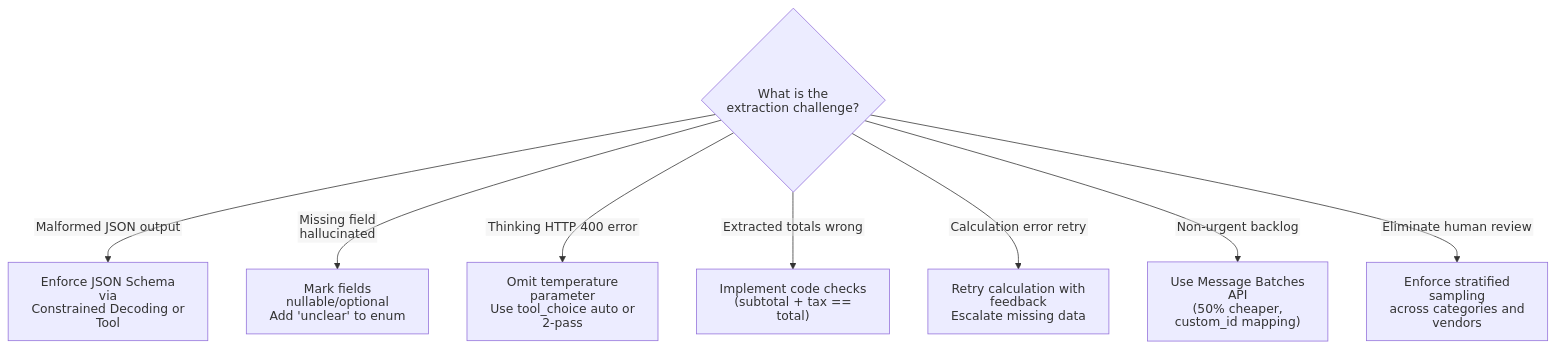
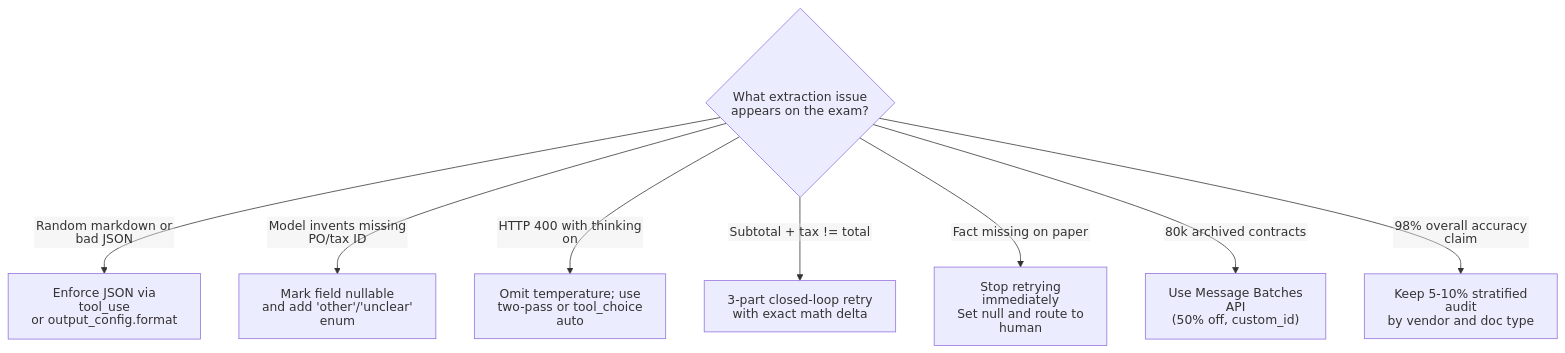
The second of 2 diagrams in scenarios/scenario_6_structured_data_extraction/SCENARIO_GUIDE.md (dip4k/claude_cert_architect_foundation_prep), drawn with Mermaid before and after one commit. The commit also changed other lines of this file and 13 other files, not shown here.

````diff
--- a/scenarios/scenario_6_structured_data_extraction/SCENARIO_GUIDE.md
+++ b/scenarios/scenario_6_structured_data_extraction/SCENARIO_GUIDE.md
@@ -101,14 +78,14 @@
 ```mermaid
 ---
 config:
   htmlLabels: false
 ---
 flowchart TD
-    Q{"What is the<br>extraction challenge?"} -->|"Malformed JSON output"| ToolChoice["Enforce JSON Schema via<br>Constrained Decoding or Tool"]
-    Q -->|"Missing field hallucinated"| Nullable["Mark fields nullable/optional<br>Add 'unclear' to enum"]
-    Q -->|"Thinking HTTP 400 error"| Fix400["Omit temperature parameter<br>Use tool_choice auto or 2-pass"]
-    Q -->|"Extracted totals wrong"| SemanticCode["Implement code checks<br>(subtotal + tax == total)"]
-    Q -->|"Calculation error retry"| GuardRetry["Retry calculation with feedback<br>Escalate missing data"]
-    Q -->|"Non-urgent backlog"| BatchesAPI["Use Message Batches API<br>(50% cheaper, custom_id mapping)"]
-    Q -->|"Eliminate human review"| StratifiedAudit["Enforce stratified sampling<br>across categories and vendors"]
+    Q{"What extraction issue<br>appears on the exam?"} -->|"Random markdown or bad JSON"| ToolChoice["Enforce JSON via tool_use<br>or output_config.format"]
+    Q -->|"Model invents missing PO/tax ID"| Nullable["Mark field nullable<br>and add 'other'/'unclear' enum"]
+    Q -->|"HTTP 400 with thinking on"| Fix400["Omit temperature; use<br>two-pass or tool_choice auto"]
+    Q -->|"Subtotal + tax != total"| MathRetry["3-part closed-loop retry<br>with exact math delta"]
+    Q -->|"Fact missing on paper"| FastFail["Stop retrying immediately<br>Set null and route to human"]
+    Q -->|"80k archived contracts"| BatchesAPI["Use Message Batches API<br>(50% off, custom_id)"]
+    Q -->|"98% overall accuracy claim"| StratAudit["Keep 5-10% stratified audit<br>by vendor and doc type"]
 ```
````
